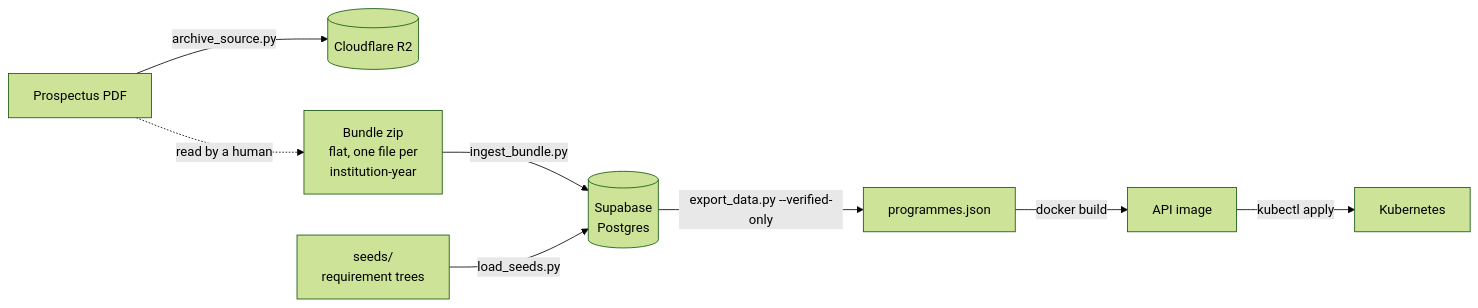
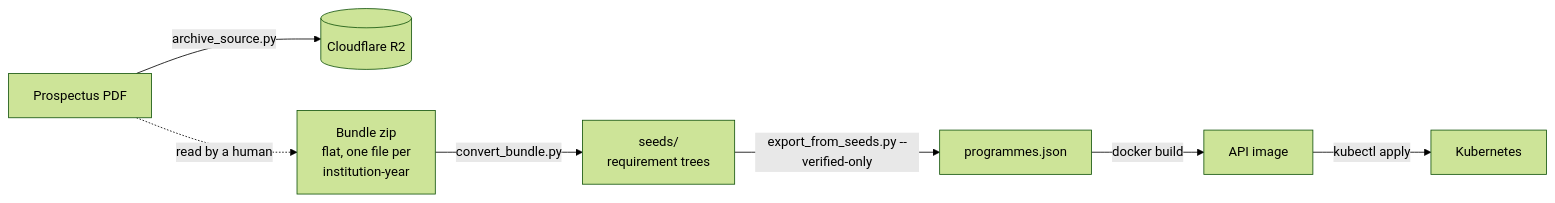
Before and after one commit to itumeleng-itu/cf-data: the third of 3 diagrams in README.md, drawn with Mermaid (forest theme). The commit also changed other lines of this file and 8 other files, not shown here.

````diff
--- a/README.md
+++ b/README.md
@@ -72,10 +72,9 @@
 ```mermaid
 flowchart LR
     PDF[Prospectus PDF] -->|archive_source.py| R2[(Cloudflare R2)]
     PDF -.->|read by a human| B[Bundle zip<br/>flat, one file per<br/>institution-year]
-    B -->|ingest_bundle.py| DB[(Supabase<br/>Postgres)]
-    S[seeds/<br/>requirement trees] -->|load_seeds.py| DB
-    DB -->|export_data.py --verified-only| J[programmes.json]
+    B -->|convert_bundle.py| S[seeds/<br/>requirement trees]
+    S -->|export_from_seeds.py --verified-only| J[programmes.json]
     J -->|docker build| IMG[API image]
     IMG -->|kubectl apply| K8S[Kubernetes]
 ```
````
